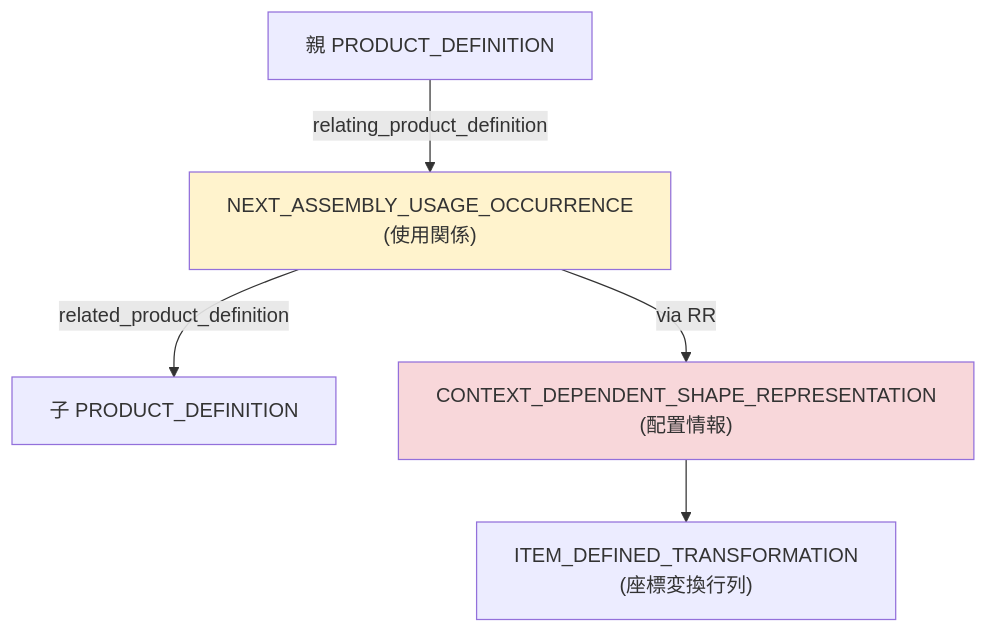
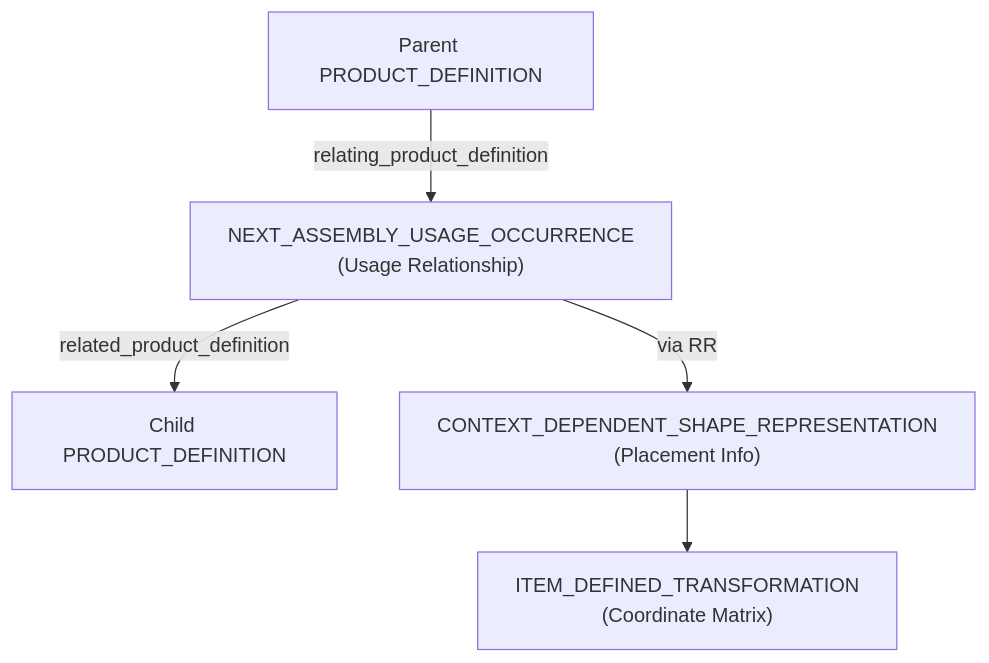
One commit to takuto-NA/step-standards-explained changed the second of 4 diagrams in format/data-model-map.md. Above: the diagram before and after it, drawn with Mermaid. The commit also changed other lines of this file and 25 other files, not shown here.

````diff
--- a/format/data-model-map.md
+++ b/format/data-model-map.md
@@ -136,10 +132,7 @@
 ```mermaid
 graph TD
-    ParentPD["親 PRODUCT_DEFINITION"] -->|"relating_product_definition"| NAUO["NEXT_ASSEMBLY_USAGE_OCCURRENCE<br/>(使用関係)"]
-    NAUO -->|"related_product_definition"| ChildPD["子 PRODUCT_DEFINITION"]
-    NAUO -->|"via RR"| CDSR["CONTEXT_DEPENDENT_SHAPE_REPRESENTATION<br/>(配置情報)"]
-    CDSR --> IT["ITEM_DEFINED_TRANSFORMATION<br/>(座標変換行列)"]
-    
-    style NAUO fill:#fff3cd
-    style CDSR fill:#f8d7da
+    ParentPD["Parent PRODUCT_DEFINITION"] -->|"relating_product_definition"| NAUO["NEXT_ASSEMBLY_USAGE_OCCURRENCE<br/>(Usage Relationship)"]
+    NAUO -->|"related_product_definition"| ChildPD["Child PRODUCT_DEFINITION"]
+    NAUO -->|"via RR"| CDSR["CONTEXT_DEPENDENT_SHAPE_REPRESENTATION<br/>(Placement Info)"]
+    CDSR --> IT["ITEM_DEFINED_TRANSFORMATION<br/>(Coordinate Matrix)"]
 ```
````
